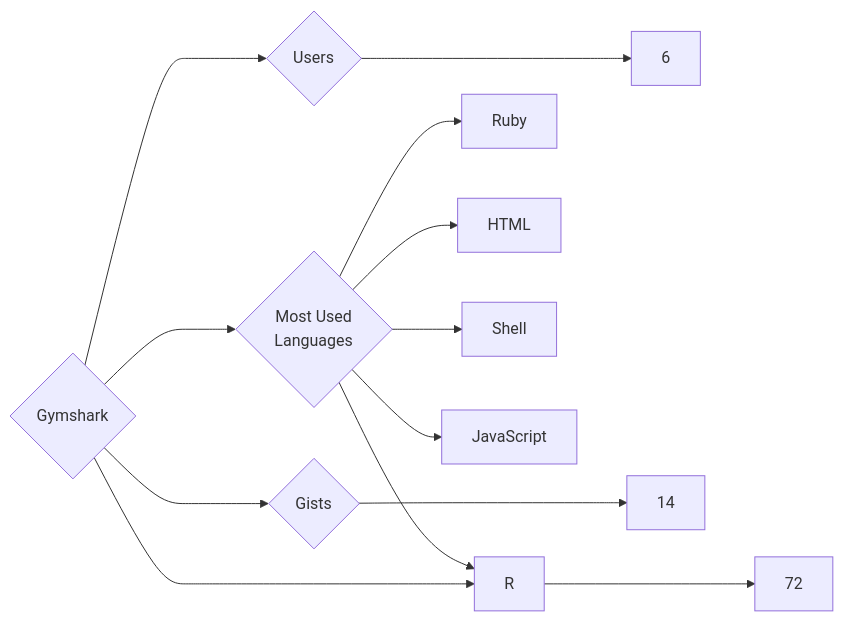
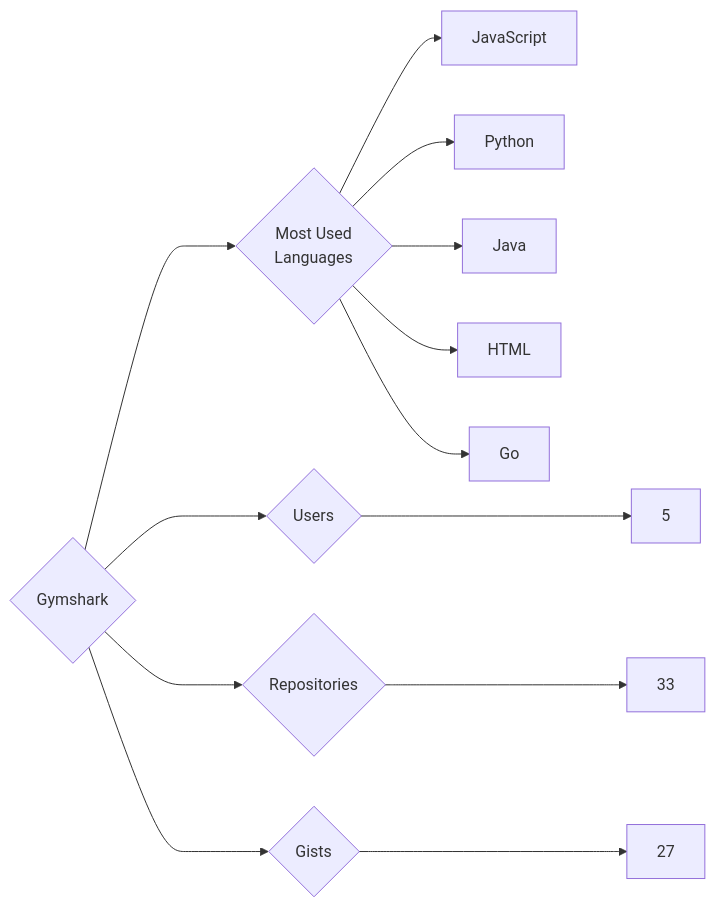
The diagram in targets/Gymshark/README.md (trickest/insiders), drawn with Mermaid before and after one commit. The commit also changed 1170 other files, not shown here.

````diff
--- a/targets/Gymshark/README.md
+++ b/targets/Gymshark/README.md
@@ -3,13 +3,13 @@
 ```mermaid
 graph LR
 COMPANY_NAME{Gymshark}
-COMPANY_NAME ---> U{Users} ---> UN[6]
-COMPANY_NAME ---> R{Repositories} ---> RN[72]
-COMPANY_NAME ---> G{Gists} ---> GN[14]
+COMPANY_NAME ---> U{Users} ---> UN[5]
+COMPANY_NAME ---> R{Repositories} ---> RN[33]
+COMPANY_NAME ---> G{Gists} ---> GN[27]
 COMPANY_NAME ---> ML{Most Used<br>Languages}
-ML --> Ruby[Ruby]
+ML --> JavaScript[JavaScript]
+ML --> Python[Python]
+ML --> Java[Java]
 ML --> HTML[HTML]
-ML --> Shell[Shell]
-ML --> JavaScript[JavaScript]
-ML --> R[R]
+ML --> Go[Go]
 ```
````
